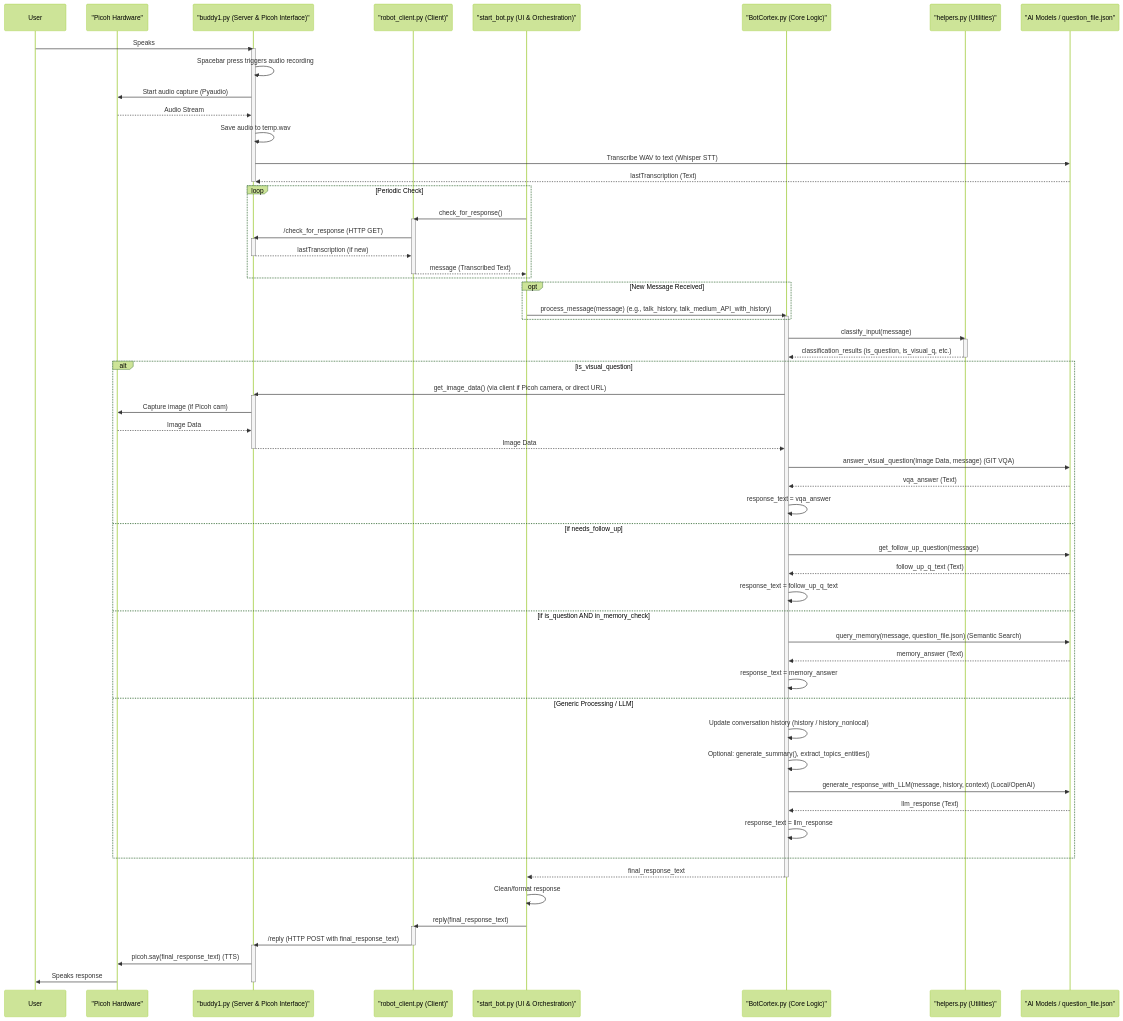
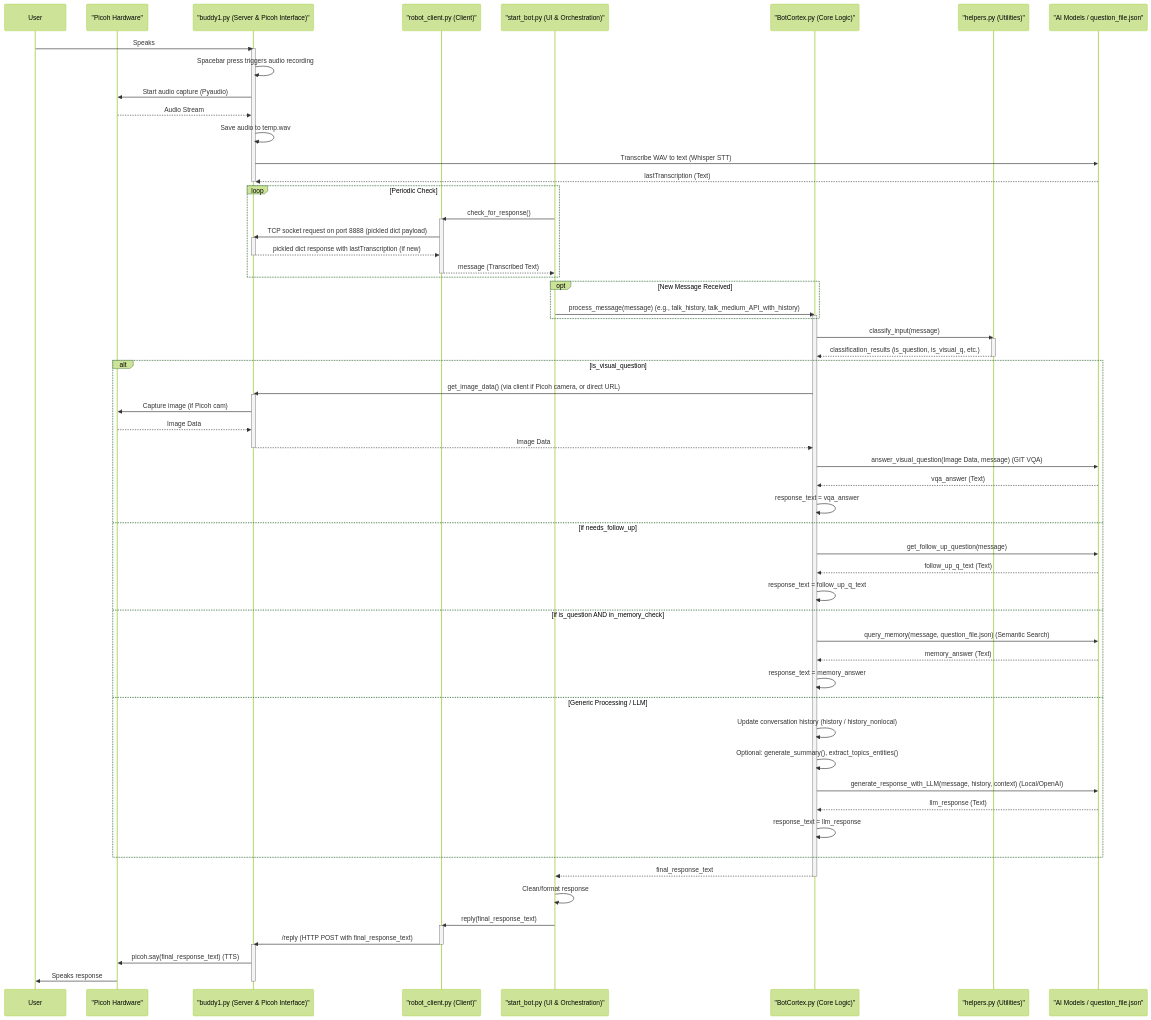
The second of 4 diagrams in SYSTEM_ANALYSIS.md (dhar174/DeskBuddy), drawn with Mermaid (forest theme) before and after one commit.

```diff
--- a/SYSTEM_ANALYSIS.md
+++ b/SYSTEM_ANALYSIS.md
@@ -87,9 +87,9 @@
     loop Periodic Check
         start_bot->>client: check_for_response()
         activate client
-        client->>buddy1: /check_for_response (HTTP GET)
+        client->>buddy1: TCP socket request on port 8888 (pickled dict payload)
         activate buddy1
-        buddy1-->>client: lastTranscription (if new)
+        buddy1-->>client: pickled dict response with lastTranscription (if new)
         deactivate buddy1
         client-->>start_bot: message (Transcribed Text)
         deactivate client
```
